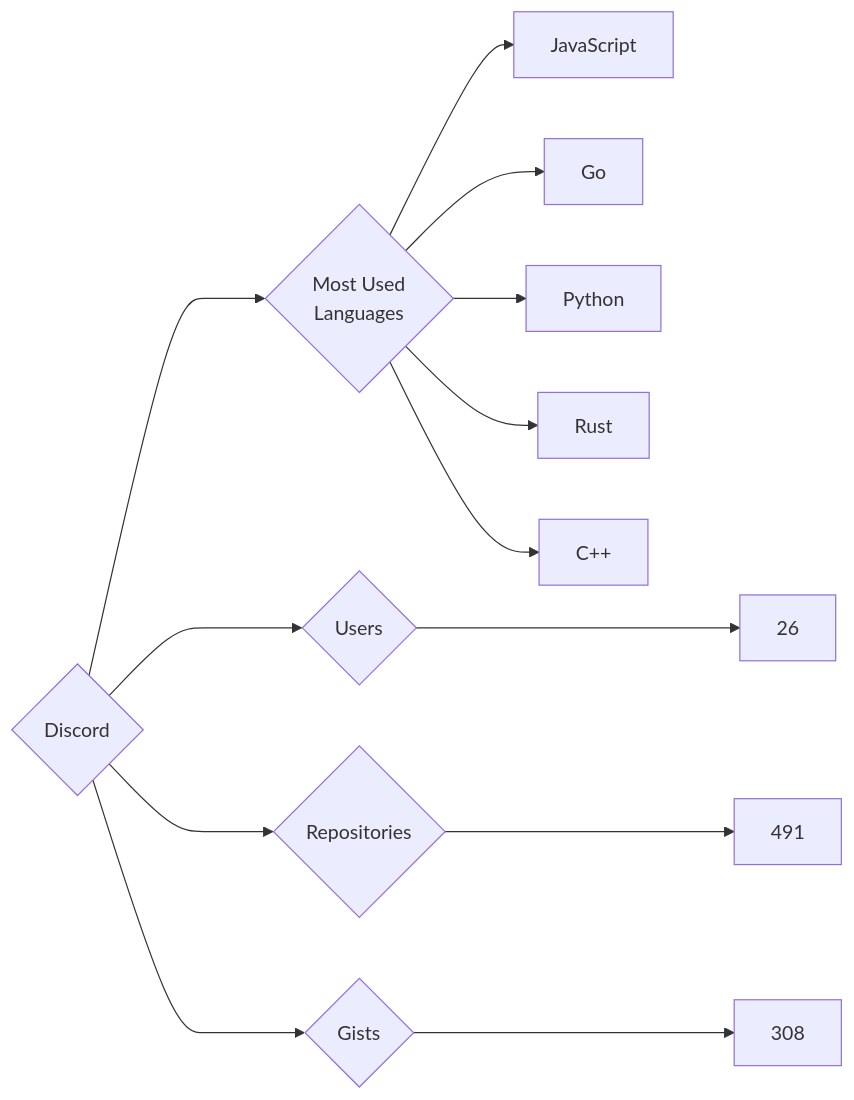
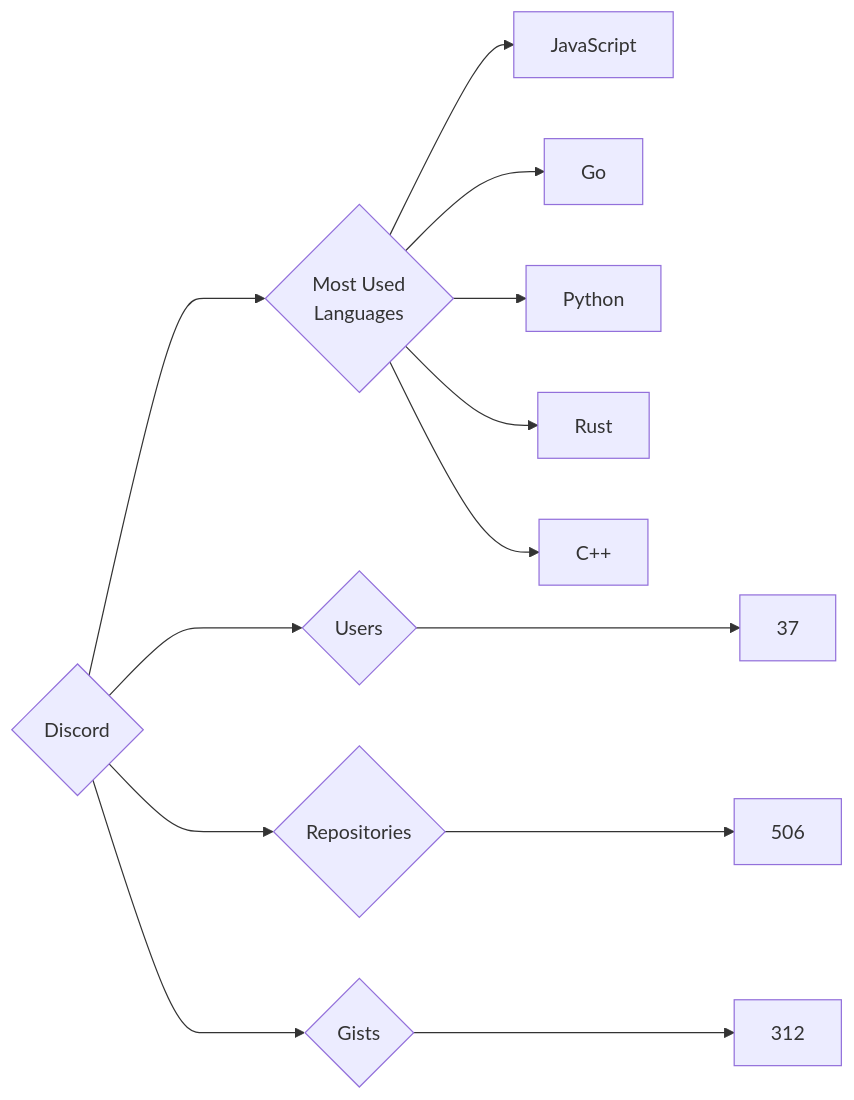
One commit to trickest/insiders changed the diagram in targets/Discord/README.md. Above: the diagram before and after it, drawn with Mermaid. The commit also changed 814 other files, not shown here.

````diff
--- a/targets/Discord/README.md
+++ b/targets/Discord/README.md
@@ -3,13 +3,13 @@
 ```mermaid
 graph LR
 COMPANY_NAME{Discord}
-COMPANY_NAME ---> U{Users} ---> UN[26]
-COMPANY_NAME ---> R{Repositories} ---> RN[491]
-COMPANY_NAME ---> G{Gists} ---> GN[308]
+COMPANY_NAME ---> U{Users} ---> UN[37]
+COMPANY_NAME ---> R{Repositories} ---> RN[506]
+COMPANY_NAME ---> G{Gists} ---> GN[312]
 COMPANY_NAME ---> ML{Most Used<br>Languages}
 ML --> JavaScript[JavaScript]
 ML --> Go[Go]
 ML --> Python[Python]
 ML --> Rust[Rust]
 ML --> C++[C++]
 ```
````
